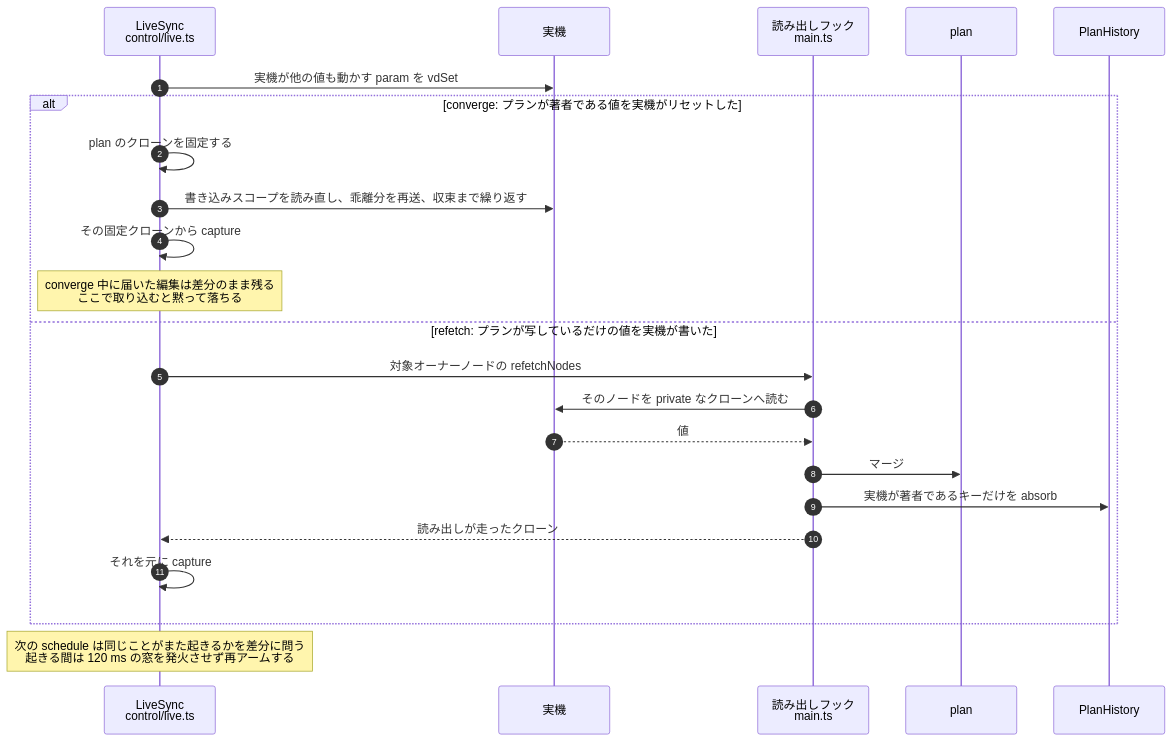
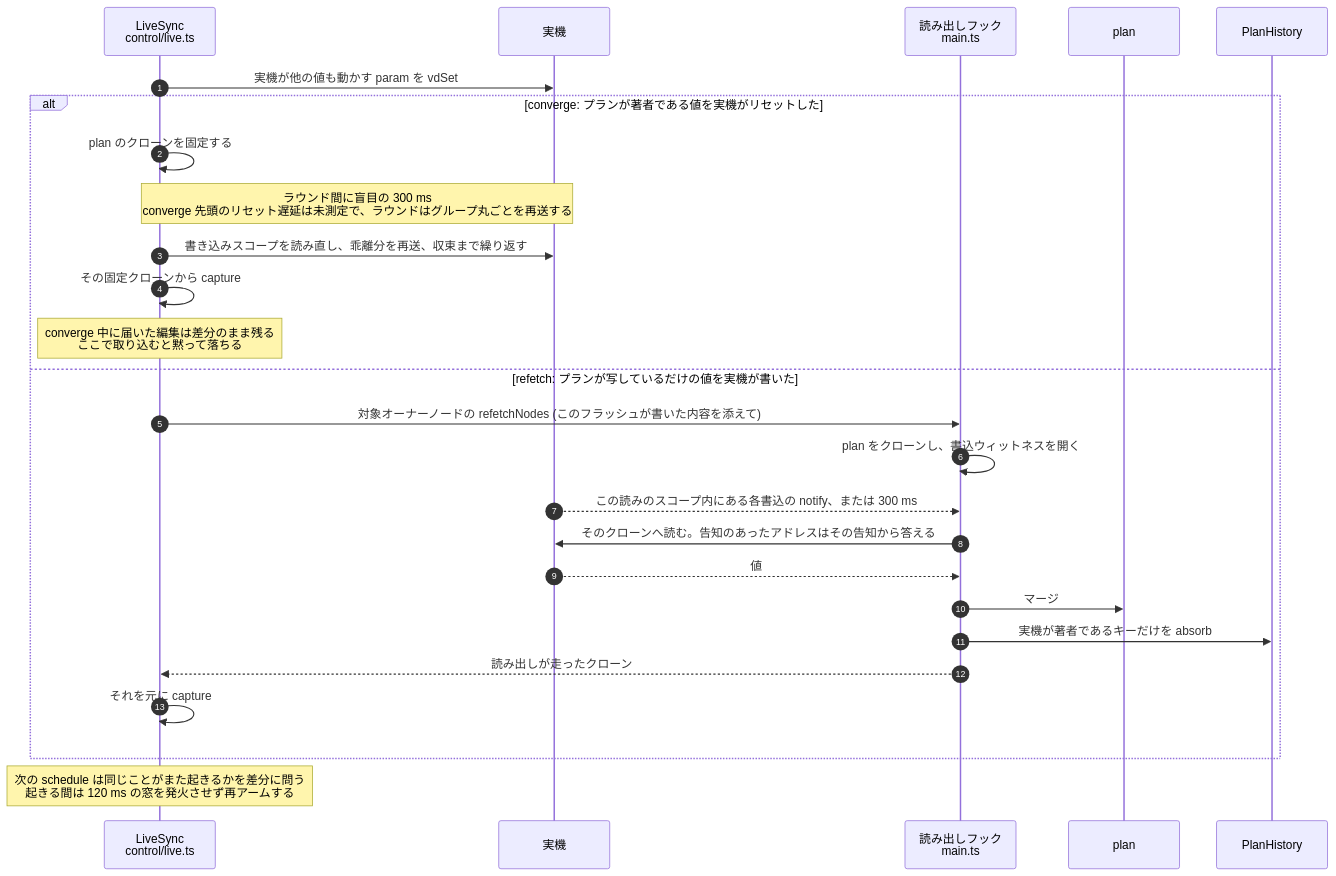
The fourth of 5 diagrams in docs/ja/architecture.md (semnil/urx-router), drawn with Mermaid before and after one commit. The commit also changed other lines of this file and 6 other files, not shown here.

````diff
--- a/docs/ja/architecture.md
+++ b/docs/ja/architecture.md
@@ -677,26 +748,29 @@
 ```mermaid
 sequenceDiagram
   autonumber
   participant L as LiveSync<br/>control/live.ts
   participant D as 実機
   participant H as 読み出しフック<br/>main.ts
   participant P as plan
   participant HI as PlanHistory
 
   L->>D: 実機が他の値も動かす param を vdSet
   alt converge: プランが著者である値を実機がリセットした
     L->>L: plan のクローンを固定する
+    Note over L,D: ラウンド間に盲目の 300 ms<br/>converge 先頭のリセット遅延は未測定で、ラウンドはグループ丸ごとを再送する
     L->>D: 書き込みスコープを読み直し、乖離分を再送、収束まで繰り返す
     L->>L: その固定クローンから capture
     Note over L: converge 中に届いた編集は差分のまま残る<br/>ここで取り込むと黙って落ちる
   else refetch: プランが写しているだけの値を実機が書いた
-    L->>H: 対象オーナーノードの refetchNodes
-    H->>D: そのノードを private なクローンへ読む
+    L->>H: 対象オーナーノードの refetchNodes (このフラッシュが書いた内容を添えて)
+    H->>H: plan をクローンし、書込ウィットネスを開く
+    D-->>H: この読みのスコープ内にある各書込の notify、または 300 ms
+    H->>D: そのクローンへ読む。告知のあったアドレスはその告知から答える
     D-->>H: 値
     H->>P: マージ
     H->>HI: 実機が著者であるキーだけを absorb
     H-->>L: 読み出しが走ったクローン
     L->>L: それを元に capture
   end
   Note over L: 次の schedule は同じことがまた起きるかを差分に問う<br/>起きる間は 120 ms の窓を発火させず再アームする
 ```
````
